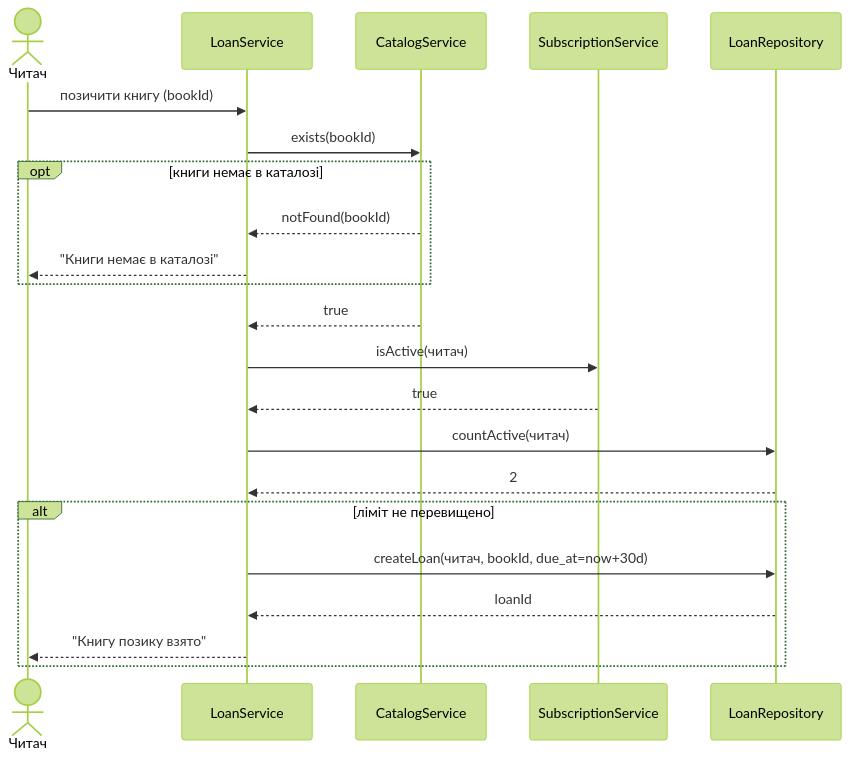
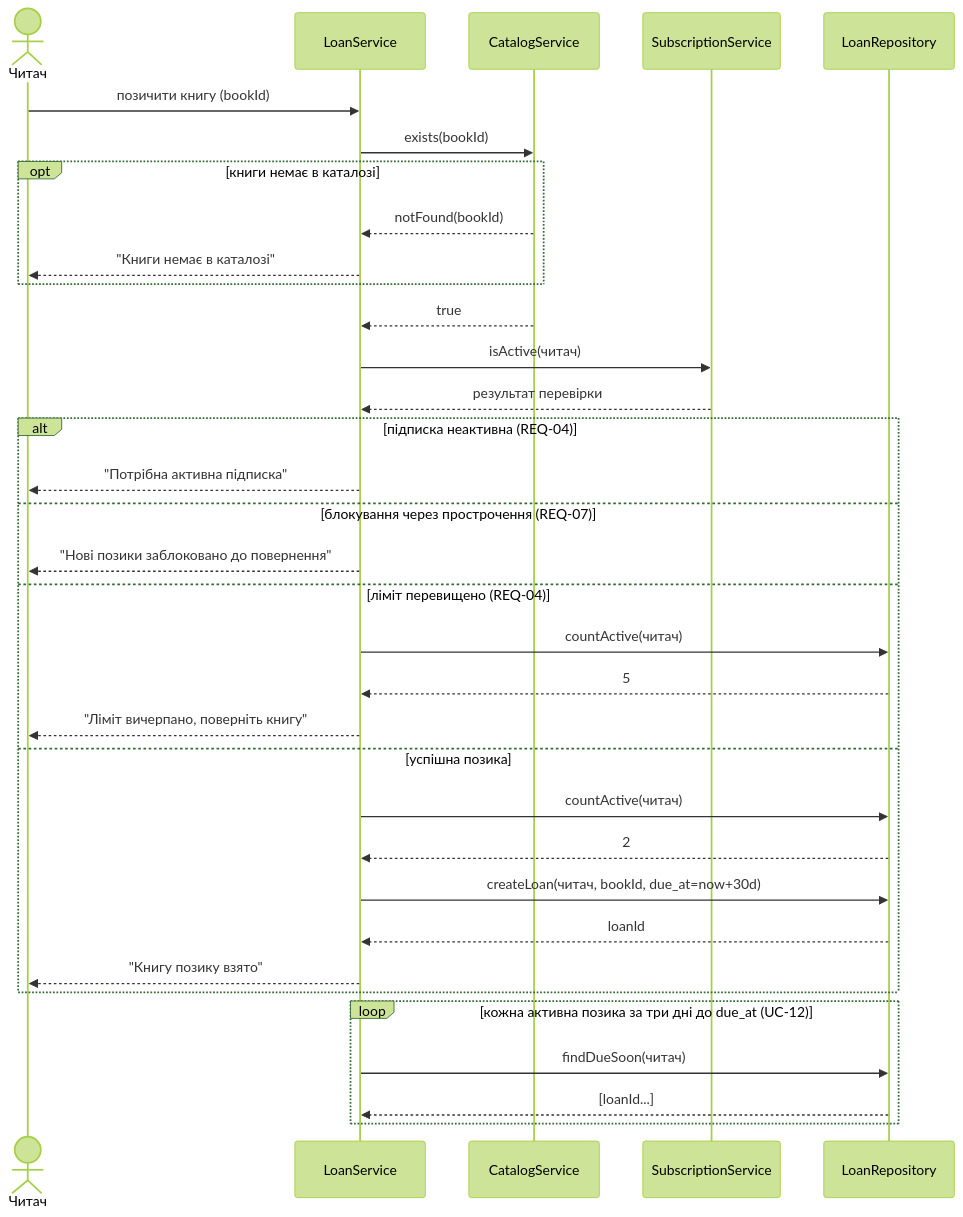
The diagram in Labs/lab3-sequence/model/borrow-book.mmd (sanyalovemoney/KPI_labs), drawn with Mermaid (forest theme) before and after one commit.

Commit message:
lab3: fix - add alt branches for subscription, overdue, limit

```diff
--- a/Labs/lab3-sequence/model/borrow-book.mmd
+++ b/Labs/lab3-sequence/model/borrow-book.mmd
@@ -1,23 +1,35 @@
 sequenceDiagram
     actor Читач
     participant LoanService
     participant CatalogService
     participant SubscriptionService
     participant LoanRepository
 
     Читач->>LoanService: позичити книгу (bookId)
     LoanService->>CatalogService: exists(bookId)
     opt книги немає в каталозі
         CatalogService-->>LoanService: notFound(bookId)
         LoanService-->>Читач: "Книги немає в каталозі"
     end
     CatalogService-->>LoanService: true
     LoanService->>SubscriptionService: isActive(читач)
-    SubscriptionService-->>LoanService: true
-    LoanService->>LoanRepository: countActive(читач)
-    LoanRepository-->>LoanService: 2
-    alt ліміт не перевищено
+    SubscriptionService-->>LoanService: результат перевірки
+    alt підписка неактивна (REQ-04)
+        LoanService-->>Читач: "Потрібна активна підписка"
+    else блокування через прострочення (REQ-07)
+        LoanService-->>Читач: "Нові позики заблоковано до повернення"
+    else ліміт перевищено (REQ-04)
+        LoanService->>LoanRepository: countActive(читач)
+        LoanRepository-->>LoanService: 5
+        LoanService-->>Читач: "Ліміт вичерпано, поверніть книгу"
+    else успішна позика
+        LoanService->>LoanRepository: countActive(читач)
+        LoanRepository-->>LoanService: 2
         LoanService->>LoanRepository: createLoan(читач, bookId, due_at=now+30d)
         LoanRepository-->>LoanService: loanId
         LoanService-->>Читач: "Книгу позику взято"
     end
+    loop кожна активна позика за три дні до due_at (UC-12)
+        LoanService->>LoanRepository: findDueSoon(читач)
+        LoanRepository-->>LoanService: [loanId...]
+    end
```
